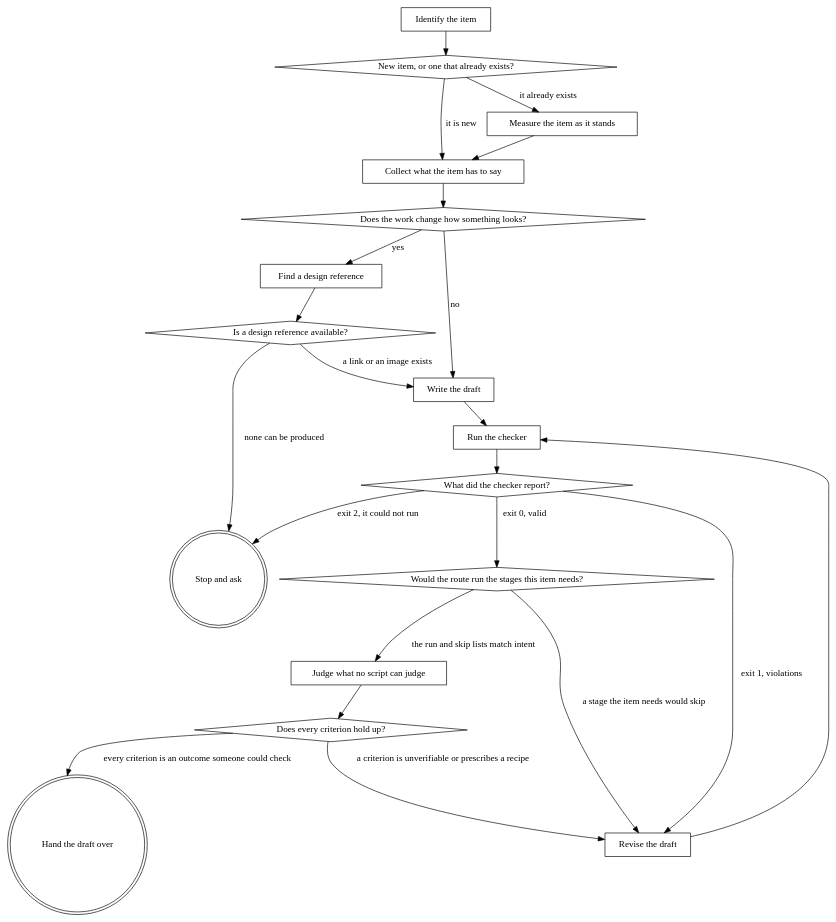
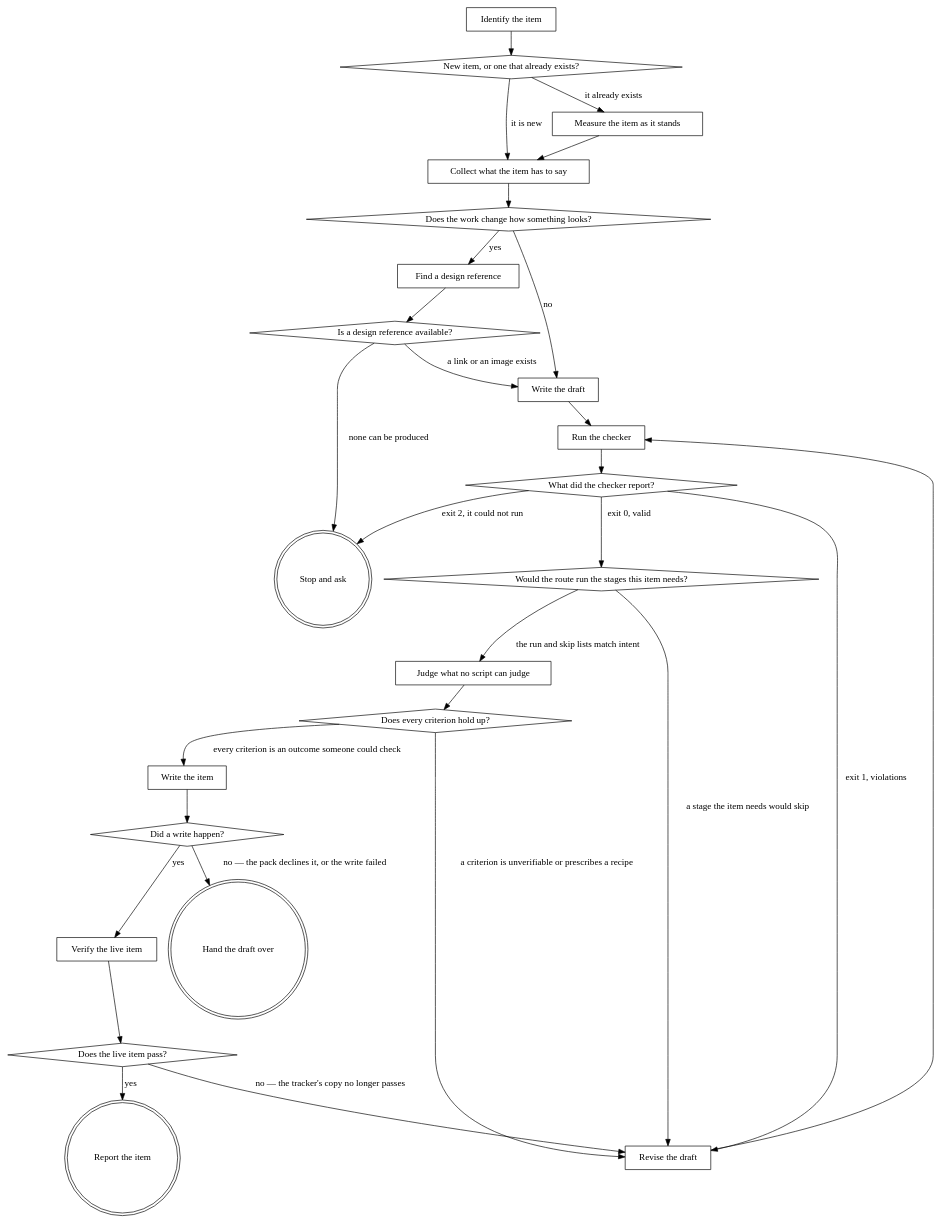
Before and after one commit to agenticDraft/aem-eds-ai-workflow-demo: the diagram in .claude/skills/write-specs/SKILL.md, drawn with Graphviz. The commit also changed other lines of this file and 1 other file, not shown here.

First line of the commit message:
the authoring skill writes the item through the contracted operations

````diff
--- a/.claude/skills/write-specs/SKILL.md
+++ b/.claude/skills/write-specs/SKILL.md
@@ -52,42 +63,53 @@
 ```dot
 digraph write_specs {
     "Identify the item" [shape=box];
     "New item, or one that already exists?" [shape=diamond];
     "Measure the item as it stands" [shape=box];
     "Collect what the item has to say" [shape=box];
     "Does the work change how something looks?" [shape=diamond];
     "Find a design reference" [shape=box];
     "Is a design reference available?" [shape=diamond];
     "Write the draft" [shape=box];
     "Run the checker" [shape=box];
     "What did the checker report?" [shape=diamond];
     "Revise the draft" [shape=box];
     "Would the route run the stages this item needs?" [shape=diamond];
     "Judge what no script can judge" [shape=box];
     "Does every criterion hold up?" [shape=diamond];
+    "Write the item" [shape=box];
+    "Did a write happen?" [shape=diamond];
+    "Verify the live item" [shape=box];
+    "Does the live item pass?" [shape=diamond];
+    "Report the item" [shape=doublecircle];
     "Hand the draft over" [shape=doublecircle];
     "Stop and ask" [shape=doublecircle];
 
     "Identify the item" -> "New item, or one that already exists?";
     "New item, or one that already exists?" -> "Measure the item as it stands" [label="it already exists"];
     "New item, or one that already exists?" -> "Collect what the item has to say" [label="it is new"];
     "Measure the item as it stands" -> "Collect what the item has to say";
     "Collect what the item has to say" -> "Does the work change how something looks?";
     "Does the work change how something looks?" -> "Find a design reference" [label="yes"];
     "Does the work change how something looks?" -> "Write the draft" [label="no"];
     "Find a design reference" -> "Is a design reference available?";
     "Is a design reference available?" -> "Write the draft" [label="a link or an image exists"];
     "Is a design reference available?" -> "Stop and ask" [label="none can be produced"];
     "Write the draft" -> "Run the checker";
     "Run the checker" -> "What did the checker report?";
     "What did the checker report?" -> "Revise the draft" [label="exit 1, violations"];
     "What did the checker report?" -> "Stop and ask" [label="exit 2, it could not run"];
     "What did the checker report?" -> "Would the route run the stages this item needs?" [label="exit 0, valid"];
     "Revise the draft" -> "Run the checker";
     "Would the route run the stages this item needs?" -> "Revise the draft" [label="a stage the item needs would skip"];
     "Would the route run the stages this item needs?" -> "Judge what no script can judge" [label="the run and skip lists match intent"];
     "Judge what no script can judge" -> "Does every criterion hold up?";
     "Does every criterion hold up?" -> "Revise the draft" [label="a criterion is unverifiable or prescribes a recipe"];
-    "Does every criterion hold up?" -> "Hand the draft over" [label="every criterion is an outcome someone could check"];
+    "Does every criterion hold up?" -> "Write the item" [label="every criterion is an outcome someone could check"];
+    "Write the item" -> "Did a write happen?";
+    "Did a write happen?" -> "Hand the draft over" [label="no — the pack declines it, or the write failed"];
+    "Did a write happen?" -> "Verify the live item" [label="yes"];
+    "Verify the live item" -> "Does the live item pass?";
+    "Does the live item pass?" -> "Revise the draft" [label="no — the tracker's copy no longer passes"];
+    "Does the live item pass?" -> "Report the item" [label="yes"];
 }
 ```
````
